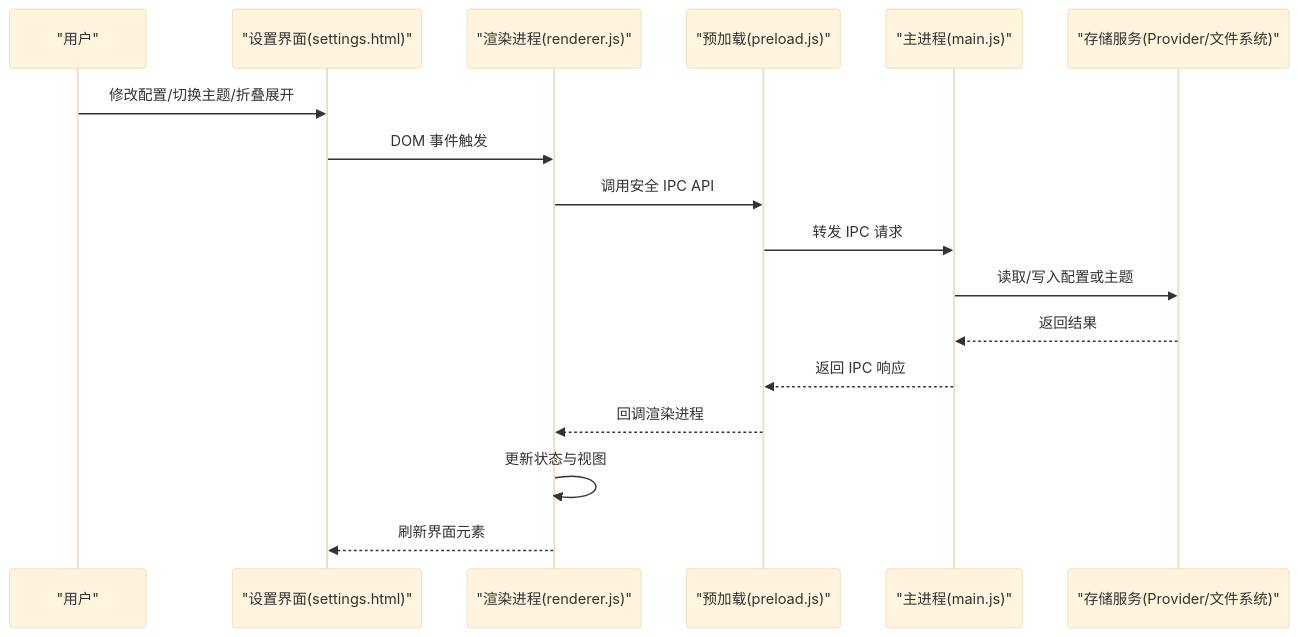
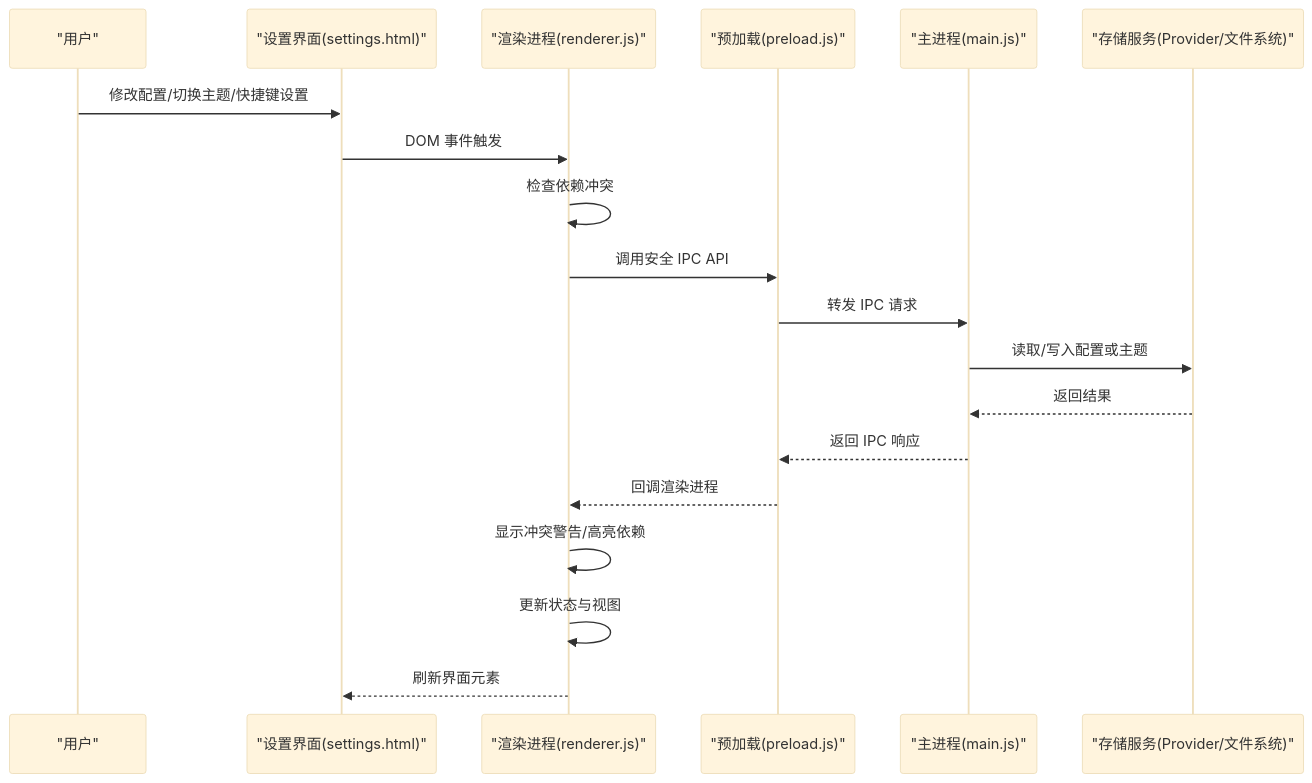
One commit to astordu/prompt_gogo changed the second of 3 diagrams in .qoder/repowiki/zh/content/用户界面组件.md. Above: the diagram before and after it, drawn with Mermaid (base theme). The commit also changed other lines of this file and 25 other files, not shown here.

````diff
--- a/.qoder/repowiki/zh/content/用户界面组件.md
+++ b/.qoder/repowiki/zh/content/用户界面组件.md
@@ -114,19 +114,21 @@
 ```mermaid
 sequenceDiagram
 participant U as "用户"
 participant UI as "设置界面(settings.html)"
 participant R as "渲染进程(renderer.js)"
 participant P as "预加载(preload.js)"
 participant M as "主进程(main.js)"
 participant S as "存储服务(Provider/文件系统)"
-U->>UI : 修改配置/切换主题/折叠展开
+U->>UI : 修改配置/切换主题/快捷键设置
 UI->>R : DOM 事件触发
+R->>R : 检查依赖冲突
 R->>P : 调用安全 IPC API
 P->>M : 转发 IPC 请求
 M->>S : 读取/写入配置或主题
 S-->>M : 返回结果
 M-->>P : 返回 IPC 响应
 P-->>R : 回调渲染进程
+R->>R : 显示冲突警告/高亮依赖
 R->>R : 更新状态与视图
 R-->>UI : 刷新界面元素
 ```
````
